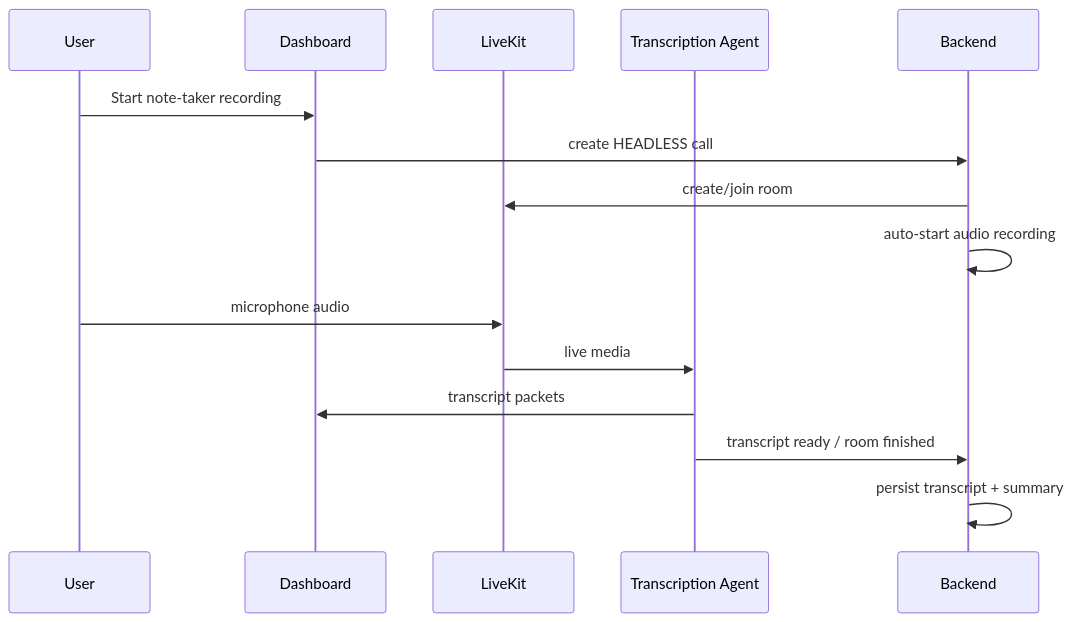
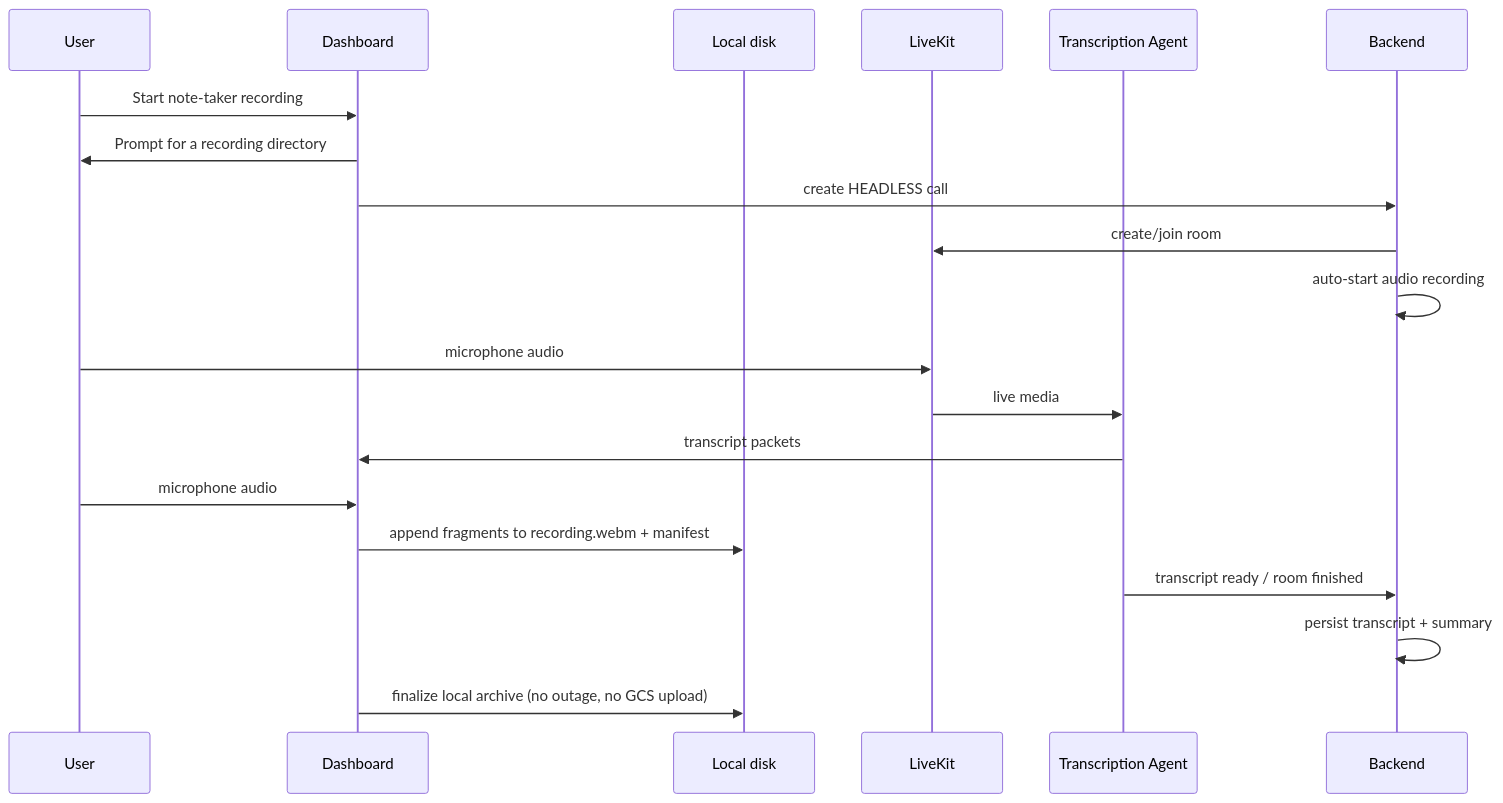
The third of 4 diagrams in docs/local-recording-fallback-vs-main.md (juspay/xyne-spaces), drawn with Mermaid before and after one commit. The commit also changed other lines of this file and 40 other files, not shown here.

````diff
--- a/docs/local-recording-fallback-vs-main.md
+++ b/docs/local-recording-fallback-vs-main.md
@@ -102,18 +132,23 @@
 ```mermaid
 sequenceDiagram
     participant User
     participant Dash as Dashboard
+    participant FS as Local disk
     participant LK as LiveKit
     participant Agent as Transcription Agent
     participant API as Backend
 
     User->>Dash: Start note-taker recording
+    Dash->>User: Prompt for a recording directory
     Dash->>API: create HEADLESS call
     API->>LK: create/join room
     API->>API: auto-start audio recording
     User->>LK: microphone audio
     LK->>Agent: live media
     Agent->>Dash: transcript packets
+    User->>Dash: microphone audio
+    Dash->>FS: append fragments to recording.webm + manifest
     Agent->>API: transcript ready / room finished
     API->>API: persist transcript + summary
+    Dash->>FS: finalize local archive (no outage, no GCS upload)
 ```
````
